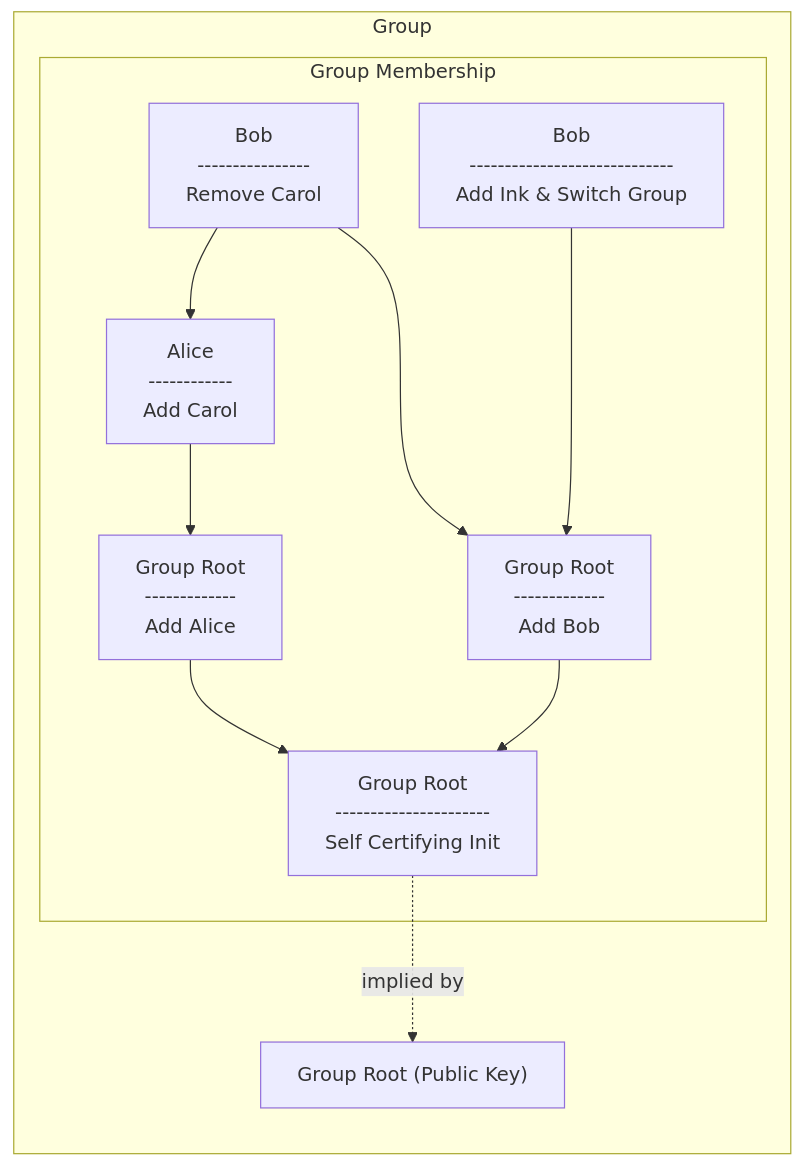
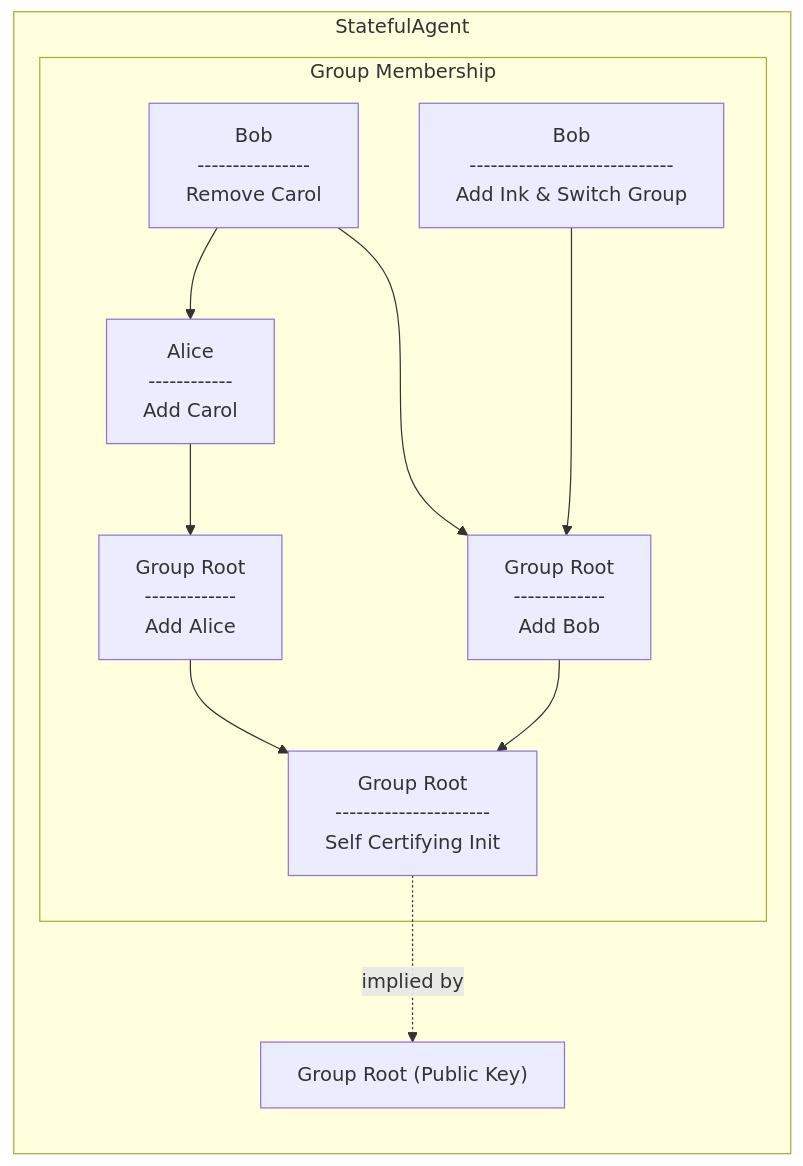
One commit to inkandswitch/keyhive changed the second of 8 diagrams in design/group_membership.md. Above: the diagram before and after it, drawn with Mermaid. The commit also changed other lines of this file, not shown here.

````diff
--- a/design/group_membership.md
+++ b/design/group_membership.md
@@ -50,20 +50,20 @@
 ```mermaid
 flowchart TB
-    subgraph Group
+    subgraph StatefulAgent
         direction TB
 
         _groupPK["Group Root (Public Key)"]
 
         subgraph membership[Group Membership]
             rootAddsAlice[Group Root\n-------------\nAdd Alice] --> groupRoot[Group Root\n----------------------\nSelf Certifying Init]
             rootAddsBob[Group Root\n-------------\nAdd Bob] --> groupRoot
             aliceAddsCarol[Alice\n------------\nAdd Carol] --> rootAddsAlice
 
             removeCarol[Bob\n----------------\nRemove Carol] --> rootAddsBob
             removeCarol --> aliceAddsCarol
             bobAddsIas[Bob\n-----------------------------\nAdd Ink & Switch Group] ---> rootAddsBob
         end
     end
 
     groupRoot -.->|implied by| _groupPK
 ```
````
